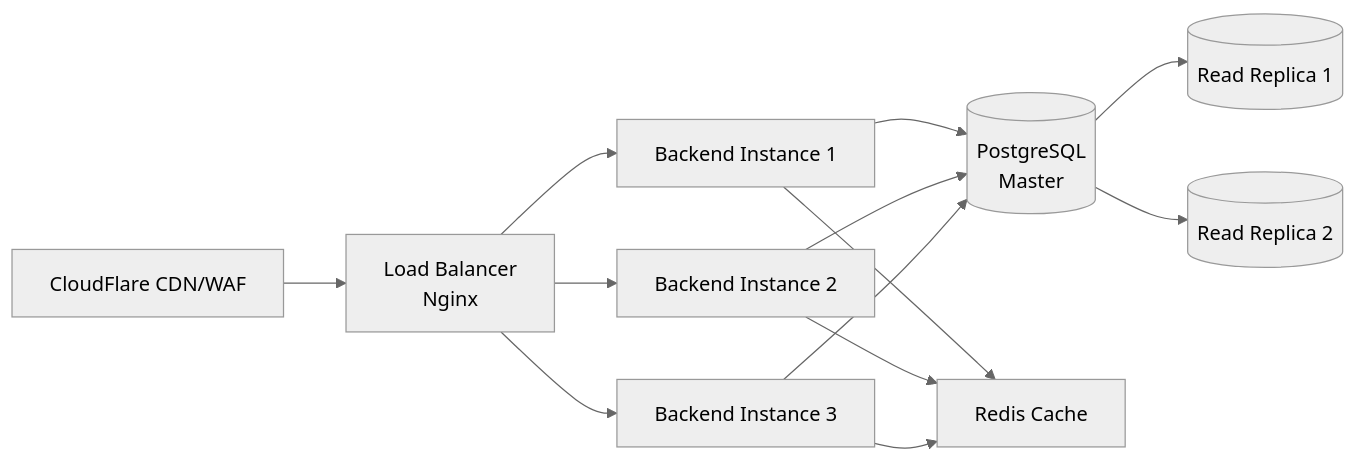
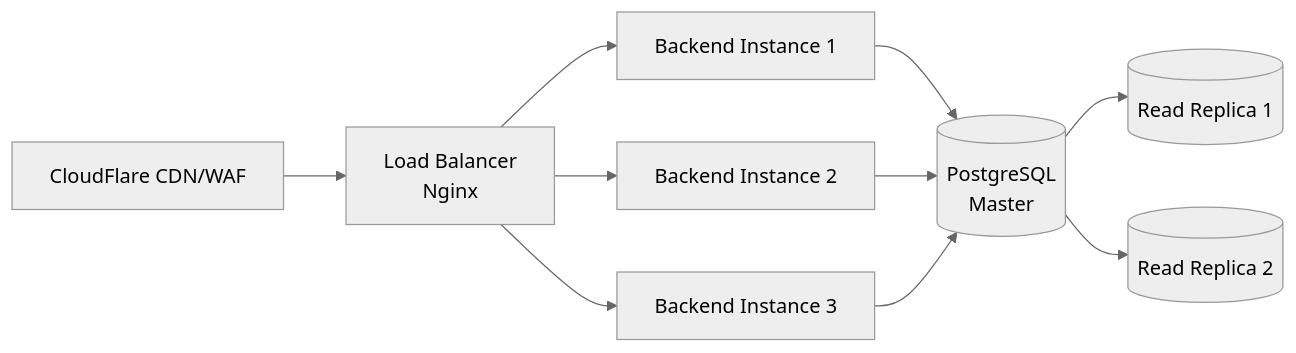
One commit to tikpoptv/MUSE-MUSIC changed the tenth of 10 diagrams in diagrams/architecture-design.md. Above: the diagram before and after it, drawn with Mermaid (neutral theme). The commit also changed other lines of this file and 1 other file, not shown here.

Commit message:
Remove Redis cache references from architecture docs
All mentions and diagram elements related to Redis cache have been removed from architecture-design.md and high-level-diagram.md. This reflects a change in the planned caching strategy and updates documentation to match current infrastructure.

````diff
--- a/diagrams/architecture-design.md
+++ b/diagrams/architecture-design.md
@@ -420,19 +420,15 @@
 ```mermaid
 graph LR
     CF[CloudFlare CDN/WAF] --> LB[Load Balancer<br/>Nginx]
     
     LB --> BE1[Backend Instance 1]
     LB --> BE2[Backend Instance 2]
     LB --> BE3[Backend Instance 3]
     
     BE1 --> DB[(PostgreSQL<br/>Master)]
     BE2 --> DB
     BE3 --> DB
     
     DB --> REPLICA1[(Read Replica 1)]
     DB --> REPLICA2[(Read Replica 2)]
-    
-    BE1 --> REDIS[Redis Cache]
-    BE2 --> REDIS
-    BE3 --> REDIS
 ```
````
